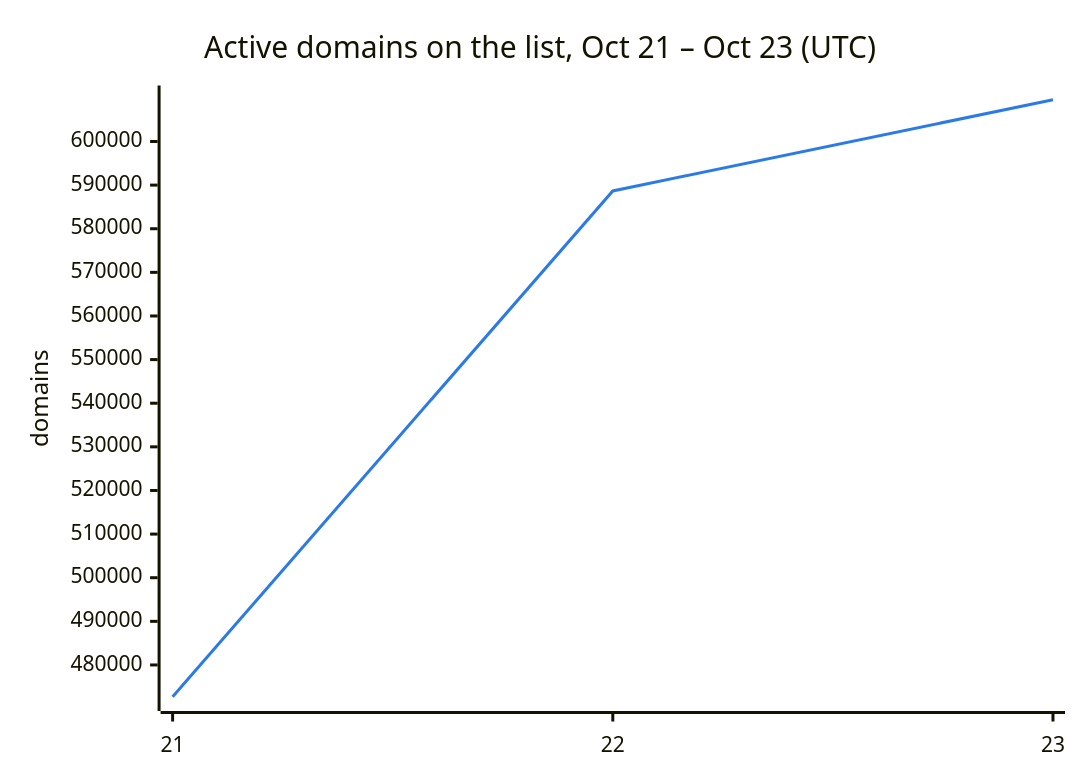
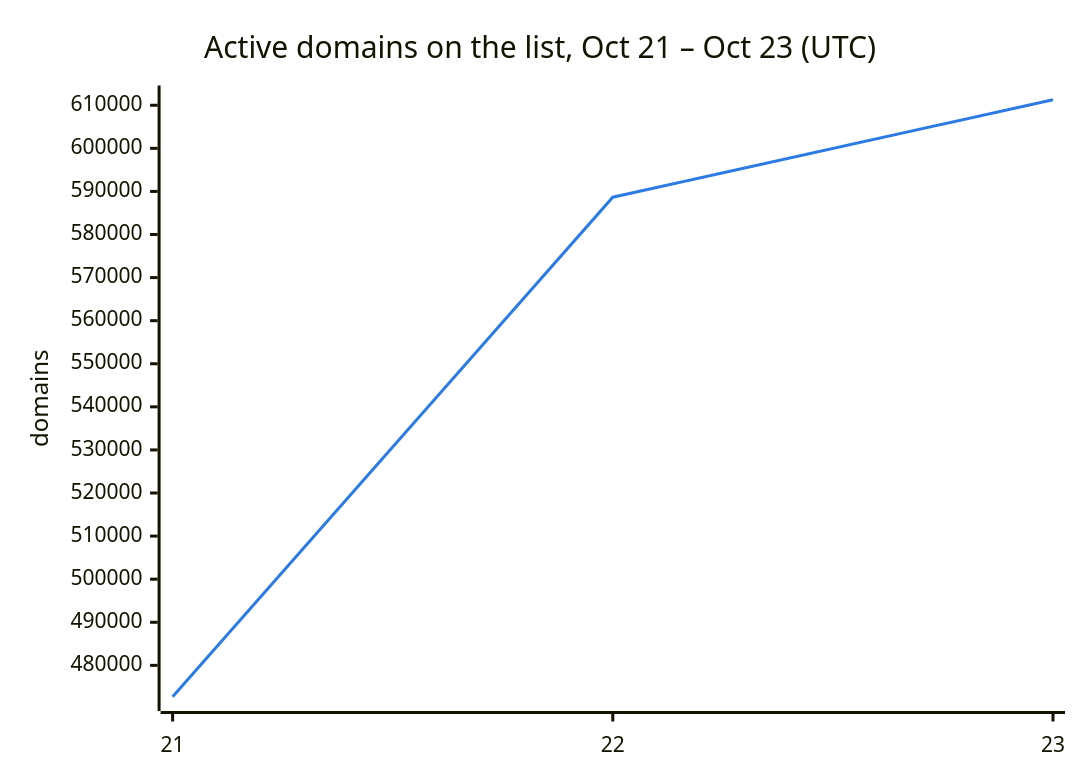
The second of 3 diagrams in README.md (DNSBunker/CTI), drawn with Mermaid before and after one commit. The commit also changed other lines of this file and 3 other files, not shown here.

````diff
--- a/README.md
+++ b/README.md
@@ -38,8 +38,8 @@
 ```mermaid
 %%{init: {"themeVariables": {"xyChart": {"plotColorPalette": "#2c7be5"}}}}%%
 xychart-beta
     title "Active domains on the list, Oct 21 – Oct 23 (UTC)"
     x-axis ["21", "22", "23"]
     y-axis "domains"
-    line [472713, 588659, 609568]
+    line [472713, 588659, 611277]
 ```
````
